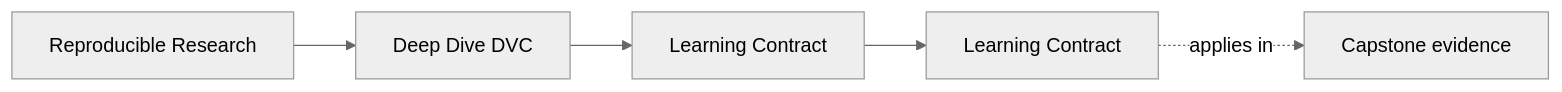
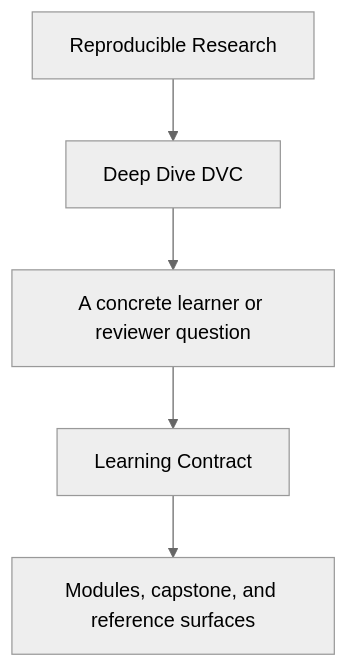
The first of 2 diagrams in programs/reproducible-research/deep-dive-dvc/course-book/guides/learning-contract.md (bijux/bijux-masterclass), drawn with Mermaid (neutral theme) before and after one commit. The commit also changed other lines of this file and 31 other files, not shown here.

Commit message:
docs(deep-dive-dvc): sharpen guide and reference diagrams

````diff
--- a/programs/reproducible-research/deep-dive-dvc/course-book/guides/learning-contract.md
+++ b/programs/reproducible-research/deep-dive-dvc/course-book/guides/learning-contract.md
@@ -9,11 +9,7 @@
 ```mermaid
-graph LR
-  family["Reproducible Research"]
-  program["Deep Dive DVC"]
-  section["Learning Contract"]
-  page["Learning Contract"]
-  capstone["Capstone evidence"]
-
-  family --> program --> section --> page
-  page -.applies in.-> capstone
+flowchart TD
+  family["Reproducible Research"] --> program["Deep Dive DVC"]
+  program --> pressure["A concrete learner or reviewer question"]
+  pressure --> guide["Learning Contract"]
+  guide --> next["Modules, capstone, and reference surfaces"]
 ```
````
